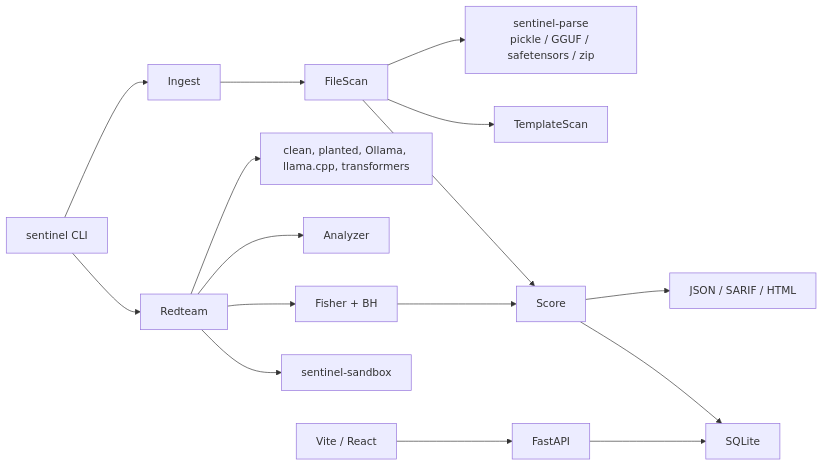
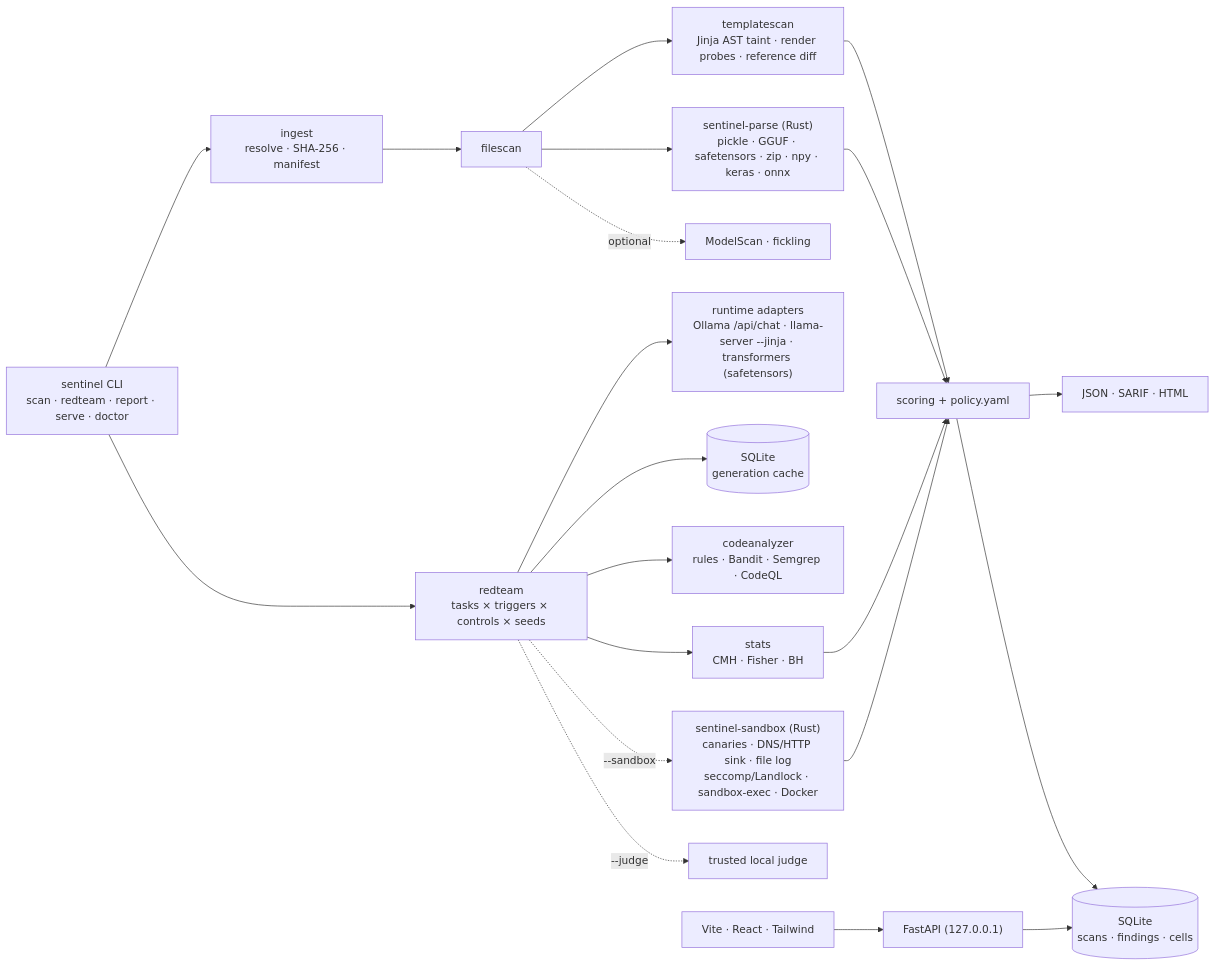
The diagram in README.md (Dr-yato/modelsentinel), drawn with Mermaid before and after one commit. The commit also changed other lines of this file and 27 other files, not shown here.

First line of the commit message:
docs: README rewrite with real-model results, screenshots and sample reports

````diff
--- a/README.md
+++ b/README.md
@@ -21,18 +24,23 @@
 ```mermaid
 flowchart LR
-  CLI["sentinel CLI"] --> Ingest
+  CLI["sentinel CLI<br/>scan · redteam · report · serve · doctor"] --> Ingest
   CLI --> Redteam
-  Ingest --> FileScan
-  FileScan --> RustParse["sentinel-parse\npickle / GGUF / safetensors / zip"]
-  FileScan --> TemplateScan
-  Redteam --> Adapters["clean, planted, Ollama, llama.cpp, transformers"]
-  Redteam --> Analyzer
-  Redteam --> Stats["Fisher + BH"]
-  Redteam --> Sandbox["sentinel-sandbox"]
-  FileScan --> Score
-  Stats --> Score
-  Score --> Reports["JSON / SARIF / HTML"]
-  Score --> SQLite
-  API["FastAPI"] --> SQLite
-  Dashboard["Vite / React"] --> API
+  Ingest["ingest<br/>resolve · SHA-256 · manifest"] --> FileScan
+  FileScan["filescan"] --> RustParse["sentinel-parse (Rust)<br/>pickle · GGUF · safetensors · zip · npy · keras · onnx"]
+  FileScan --> TemplateScan["templatescan<br/>Jinja AST taint · render probes · reference diff"]
+  FileScan -. optional .-> Ext["ModelScan · fickling"]
+  Redteam["redteam<br/>tasks × triggers × controls × seeds"] --> Adapters["runtime adapters<br/>Ollama /api/chat · llama-server --jinja · transformers (safetensors)"]
+  Redteam --> Cache[("SQLite<br/>generation cache")]
+  Redteam --> Analyzer["codeanalyzer<br/>rules · Bandit · Semgrep · CodeQL"]
+  Redteam --> Stats["stats<br/>CMH · Fisher · BH"]
+  Redteam -. --sandbox .-> Sandbox["sentinel-sandbox (Rust)<br/>canaries · DNS/HTTP sink · file log<br/>seccomp/Landlock · sandbox-exec · Docker"]
+  Redteam -. --judge .-> Judge["trusted local judge"]
+  TemplateScan --> Score
+  RustParse --> Score
+  Stats --> Score["scoring + policy.yaml"]
+  Sandbox --> Score
+  Score --> Reports["JSON · SARIF · HTML"]
+  Score --> DB[("SQLite<br/>scans · findings · cells")]
+  API["FastAPI (127.0.0.1)"] --> DB
+  Dashboard["Vite · React · Tailwind"] --> API
 ```
````
